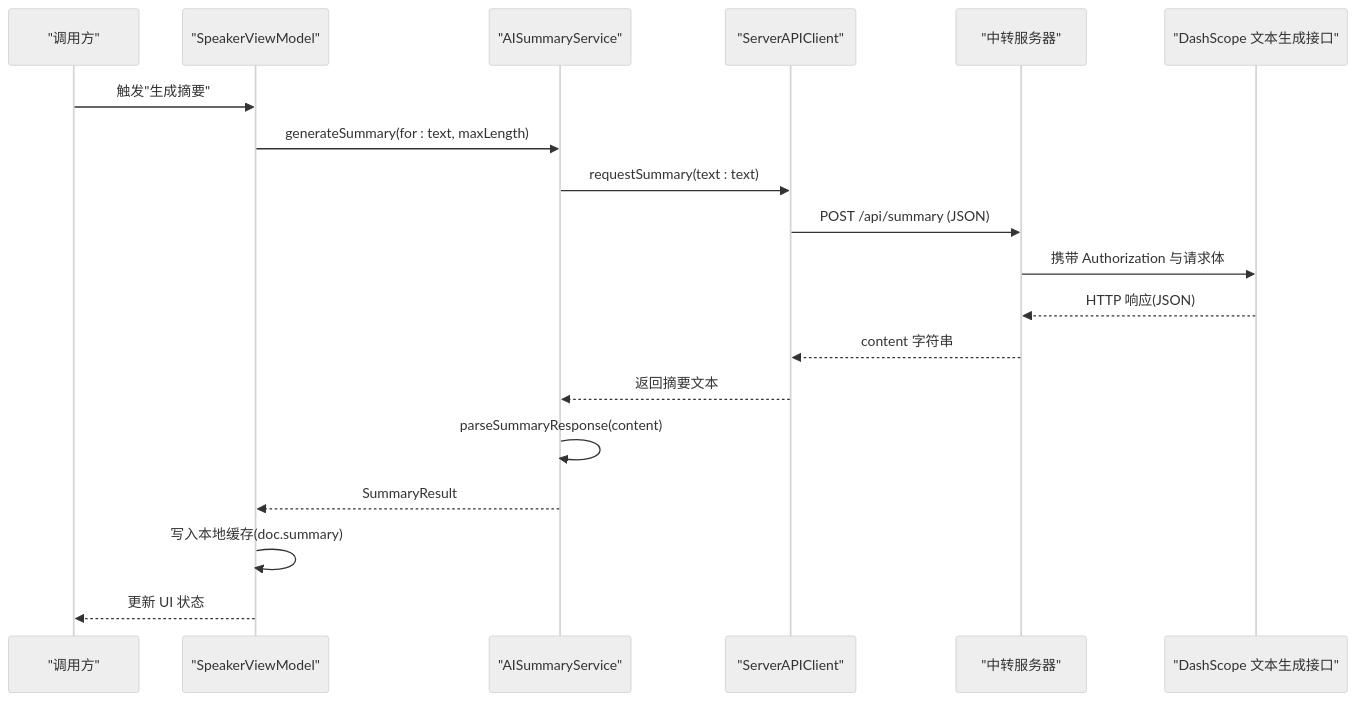
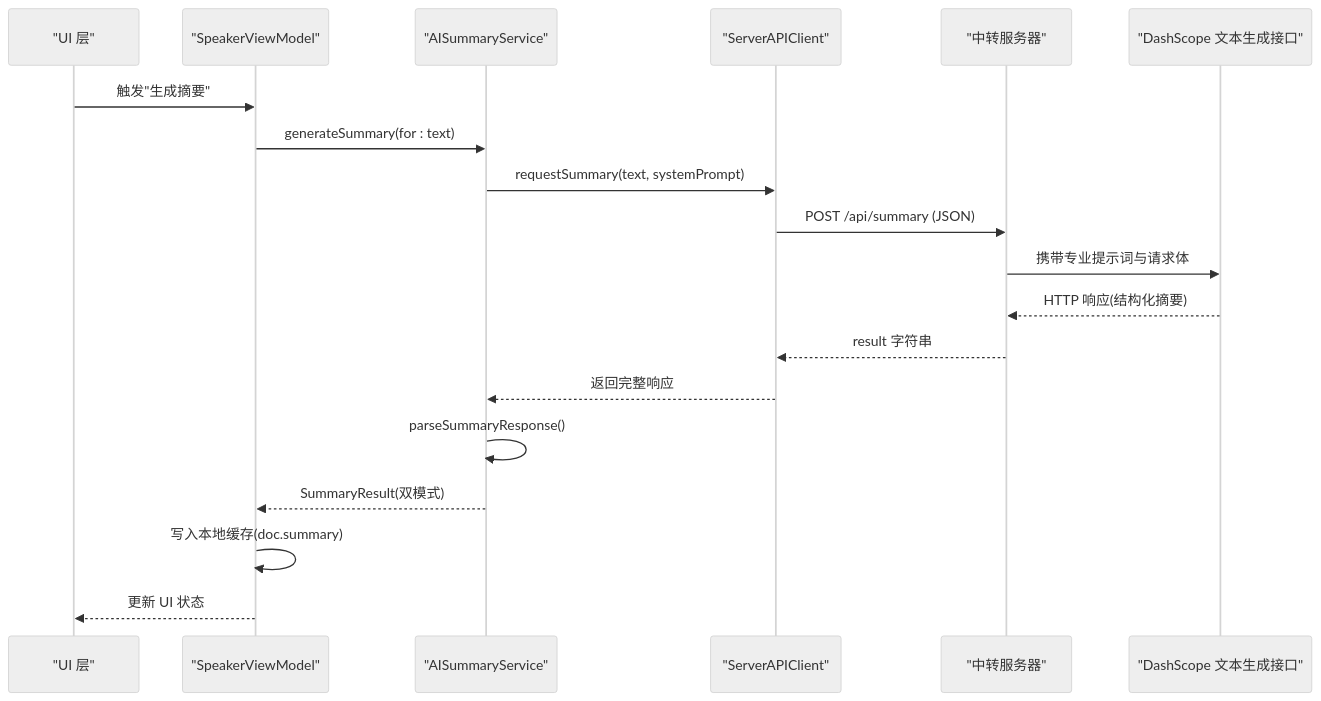
The second of 7 diagrams in .qoder/repowiki/zh/content/架构设计/服务层设计/AI 摘要生成服务.md (Primoguo/VoiceReader), drawn with Mermaid (neutral theme) before and after one commit. The commit also changed other lines of this file and 92 other files, not shown here.

````diff
--- a/.qoder/repowiki/zh/content/架构设计/服务层设计/AI 摘要生成服务.md
+++ b/.qoder/repowiki/zh/content/架构设计/服务层设计/AI 摘要生成服务.md
@@ -93,21 +95,21 @@
 ```mermaid
 sequenceDiagram
-participant UI as "调用方"
+participant UI as "UI 层"
 participant VM as "SpeakerViewModel"
 participant Svc as "AISummaryService"
 participant Client as "ServerAPIClient"
 participant Server as "中转服务器"
 participant API as "DashScope 文本生成接口"
 UI->>VM : 触发"生成摘要"
-VM->>Svc : generateSummary(for : text, maxLength)
-Svc->>Client : requestSummary(text : text)
+VM->>Svc : generateSummary(for : text)
+Svc->>Client : requestSummary(text, systemPrompt)
 Client->>Server : POST /api/summary (JSON)
-Server->>API : 携带 Authorization 与请求体
-API-->>Server : HTTP 响应(JSON)
-Server-->>Client : content 字符串
-Client-->>Svc : 返回摘要文本
-Svc->>Svc : parseSummaryResponse(content)
-Svc-->>VM : SummaryResult
+Server->>API : 携带专业提示词与请求体
+API-->>Server : HTTP 响应(结构化摘要)
+Server-->>Client : result 字符串
+Client-->>Svc : 返回完整响应
+Svc->>Svc : parseSummaryResponse()
+Svc-->>VM : SummaryResult(双模式)
 VM->>VM : 写入本地缓存(doc.summary)
 VM-->>UI : 更新 UI 状态
 ```
````
